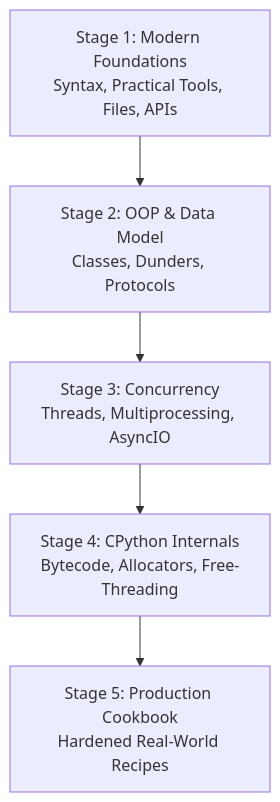
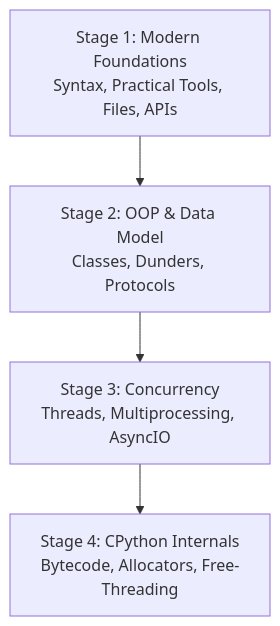
One commit to 1345AbhishekKumar/cs-cookbook changed the diagram in content/docs/learn-python/index.mdx. Above: the diagram before and after it, drawn with Mermaid. The commit also changed other lines of this file and 124 other files, not shown here.

````diff
--- a/content/docs/learn-python/index.mdx
+++ b/content/docs/learn-python/index.mdx
@@ -24,7 +24,6 @@
 ```mermaid
 flowchart TD
     A["Stage 1: Modern Foundations<br/>Syntax, Practical Tools, Files, APIs"] --> B["Stage 2: OOP & Data Model<br/>Classes, Dunders, Protocols"]
     B --> C["Stage 3: Concurrency<br/>Threads, Multiprocessing, AsyncIO"]
     C --> D["Stage 4: CPython Internals<br/>Bytecode, Allocators, Free-Threading"]
-    D --> E["Stage 5: Production Cookbook<br/>Hardened Real-World Recipes"]
 ```
````
